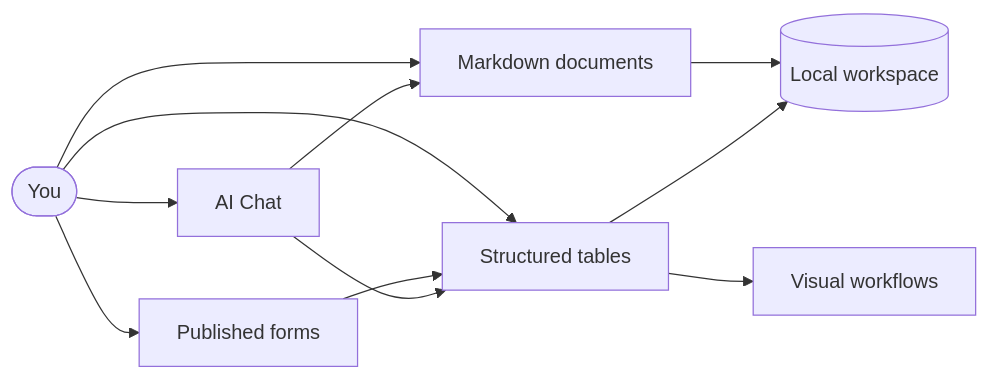
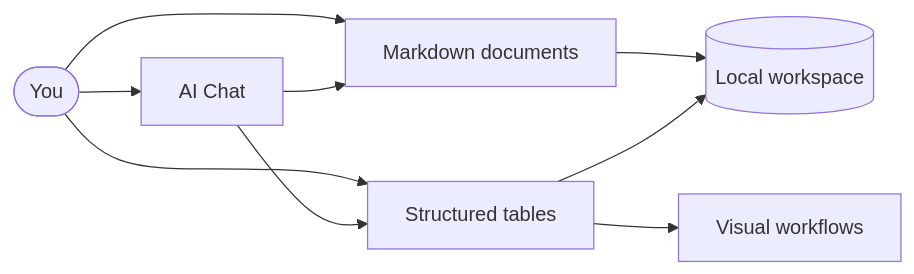
One commit to KitionAI/kition changed the diagram in public/onboarding/welcome.md. Above: the diagram before and after it, drawn with Mermaid. The commit also changed other lines of this file and 41 other files, not shown here.

````diff
--- a/public/onboarding/welcome.md
+++ b/public/onboarding/welcome.md
@@ -20,13 +19,11 @@
 ```mermaid
 flowchart LR
     You([You]) --> Docs[Markdown documents]
     You --> Tables[Structured tables]
-    You --> Forms[Published forms]
     You --> Chat[AI Chat]
-    Forms --> Tables
     Chat --> Docs
     Chat --> Tables
     Tables --> Workflows[Visual workflows]
     Docs --> Workspace[(Local workspace)]
     Tables --> Workspace
 ```
````
